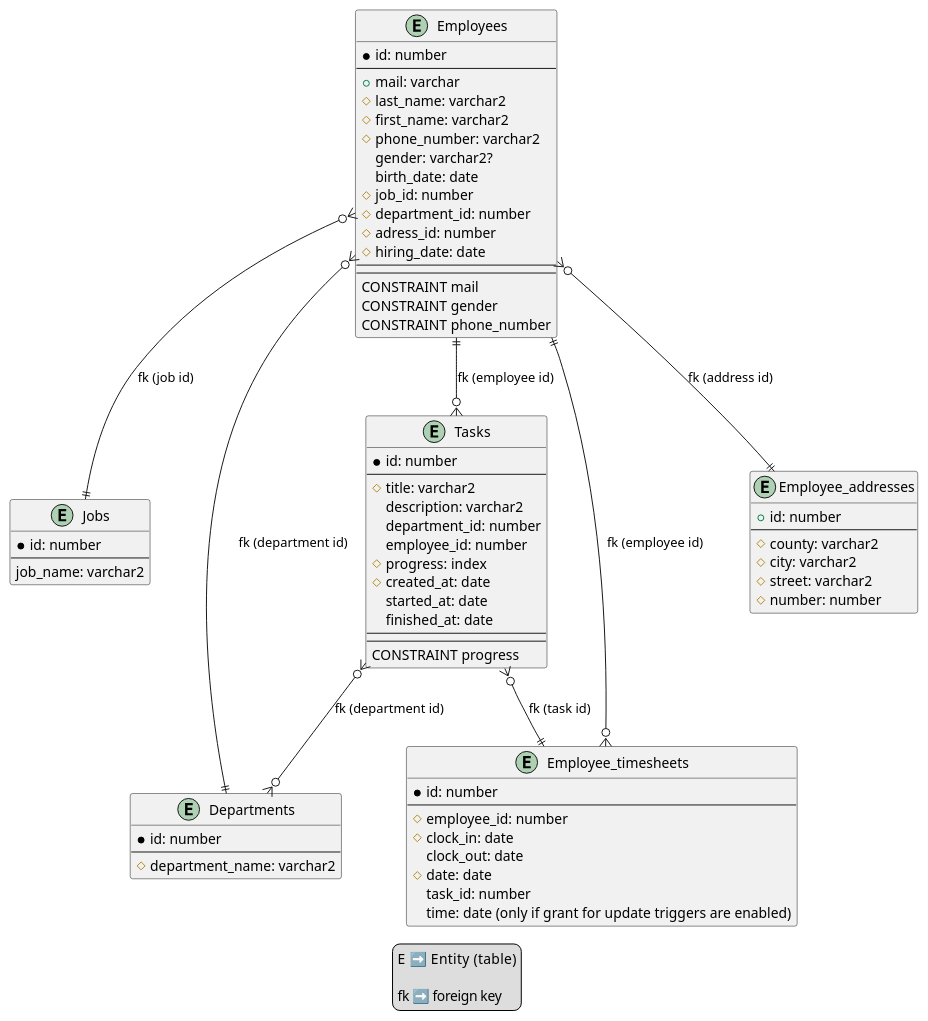
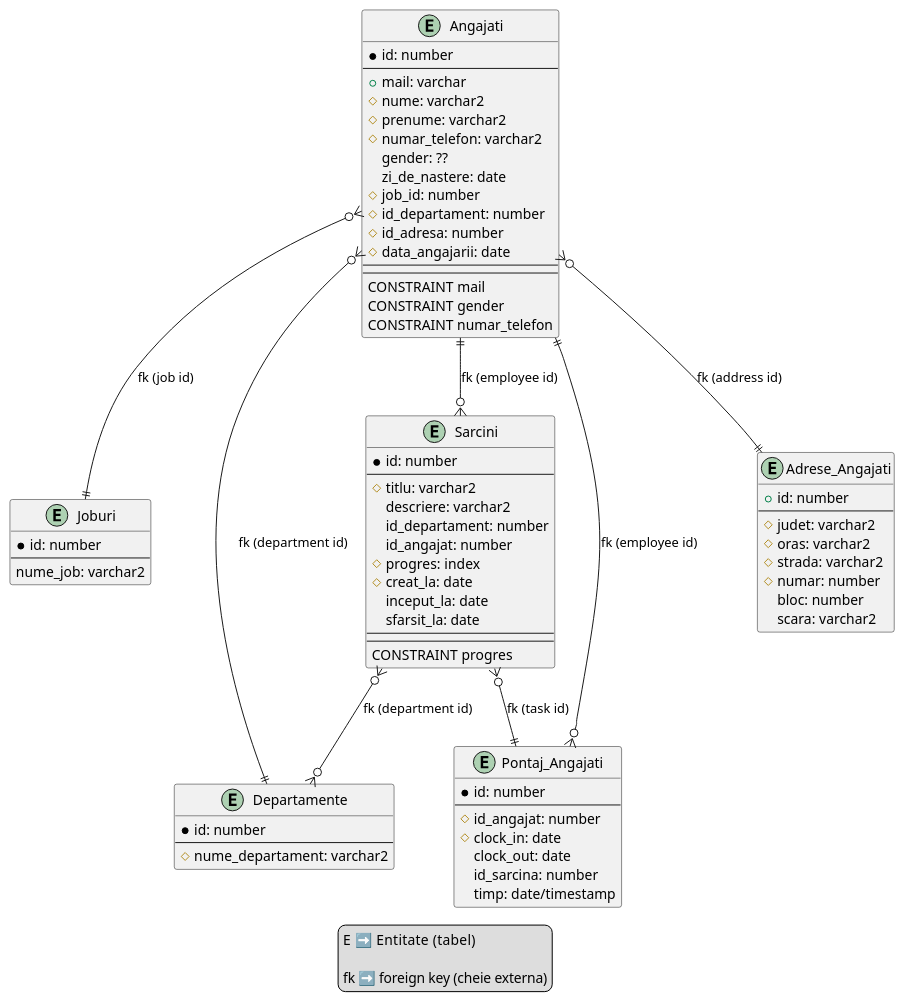
Before and after one commit to BalteiVasile/db-auto-service-project: the diagram in diagrams/diagram.puml, drawn with PlantUML. The commit also changed 1 other file, not shown here.

```diff
--- a/diagrams/diagram.puml
+++ b/diagrams/diagram.puml
@@ -1,91 +1,92 @@
-@startuml auto_service
+@startuml service_auto
 
-entity Employees
+entity Angajati
 {
   *id: number
   --
   +mail: varchar
-  #last_name: varchar2
-  #first_name: varchar2
-  #phone_number: varchar2
-  gender: varchar2?
-  birth_date: date
+  #nume: varchar2
+  #prenume: varchar2
+  #numar_telefon: varchar2
+  gender: ??
+  zi_de_nastere: date
   #job_id: number
-  #department_id: number
-  #adress_id: number
-  #hiring_date: date
+  #id_departament: number
+  #id_adresa: number
+  #data_angajarii: date
   --
   --
   CONSTRAINT mail
   CONSTRAINT gender
-  CONSTRAINT phone_number
+  CONSTRAINT numar_telefon
 }
 
-entity Jobs
+entity Joburi
 {
   *id: number
   --
-  job_name: varchar2
+  nume_job: varchar2
 }
 
-entity Departments
+entity Departamente
 {
   *id: number
   --
-  #department_name: varchar2 
+  #nume_departament: varchar2 
 }
 
-entity Tasks
+entity Sarcini
 {
   *id: number
   --
-  #title: varchar2
-  description: varchar2
-  department_id: number
-  employee_id: number
-  #progress: index
-  #created_at: date
-  started_at: date
-  finished_at: date
+  #titlu: varchar2
+  descriere: varchar2
+  id_departament: number
+  id_angajat: number
+  #progres: index
+  #creat_la: date
+  inceput_la: date
+  sfarsit_la: date
   --
   --
-  CONSTRAINT progress
+  CONSTRAINT progres
 }
 
-entity Employee_timesheets
+entity Pontaj_Angajati
 {
   *id: number
   --
-  #employee_id: number
+  #id_angajat: number
   #clock_in: date
   clock_out: date
-  #date: date
-  task_id: number
-  time: date (only if grant for update triggers are enabled)
+  id_sarcina: number
+  timp: date/timestamp
 }
 
-entity Employee_addresses
+entity Adrese_Angajati
 {
   +id: number
   --
-  #county: varchar2
-  #city: varchar2
-  #street: varchar2
-  #number: number
+  #judet: varchar2
+  #oras: varchar2
+  #strada: varchar2
+  #numar: number
+  bloc: number
+  scara: varchar2
 }
 
-Employees }o--|| Jobs: "fk (job id)"
-Employees }o--|| Employee_addresses: "fk (address id)"
-Employees }o--|| Departments: "fk (department id)"
-Employees ||--o{ Employee_timesheets: "fk (employee id)"
-Employees ||--o{ Tasks: "fk (employee id)"
-Tasks }o--o{ Departments: "fk (department id)"
-Tasks }o--|| Employee_timesheets: "fk (task id)"
+Angajati }o--|| Joburi: "fk (job id)"
+Angajati }o--|| Adrese_Angajati: "fk (address id)"
+Angajati }o--|| Departamente: "fk (department id)"
+Angajati ||--o{ Pontaj_Angajati: "fk (employee id)"
+Angajati ||--o{ Sarcini: "fk (employee id)"
+Sarcini  }o--o{ Departamente: "fk (department id)"
+Sarcini  }o--|| Pontaj_Angajati: "fk (task id)"
 
 legend
-  E    ➡️ Entity (table)
+  E    ➡️ Entitate (tabel)
 
-  fk ➡️ foreign key
+  fk ➡️ foreign key (cheie externa)
 endlegend
 
 @enduml
```
